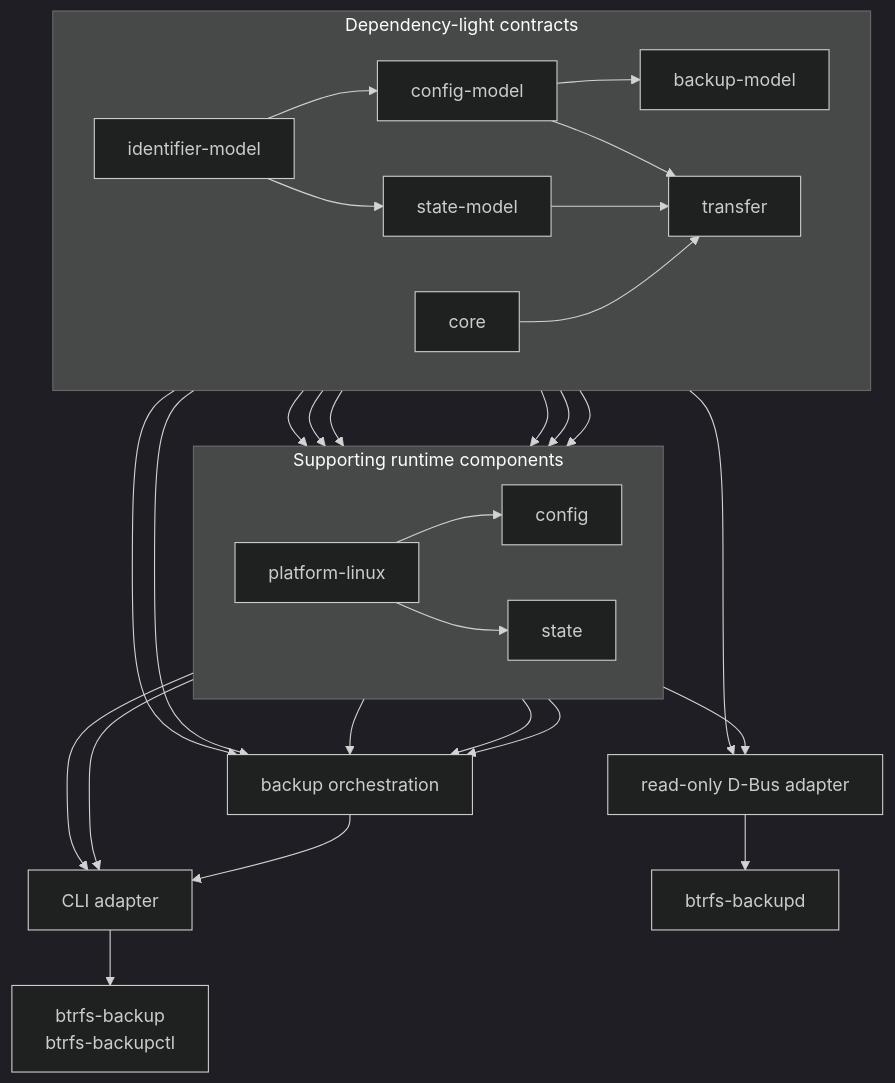
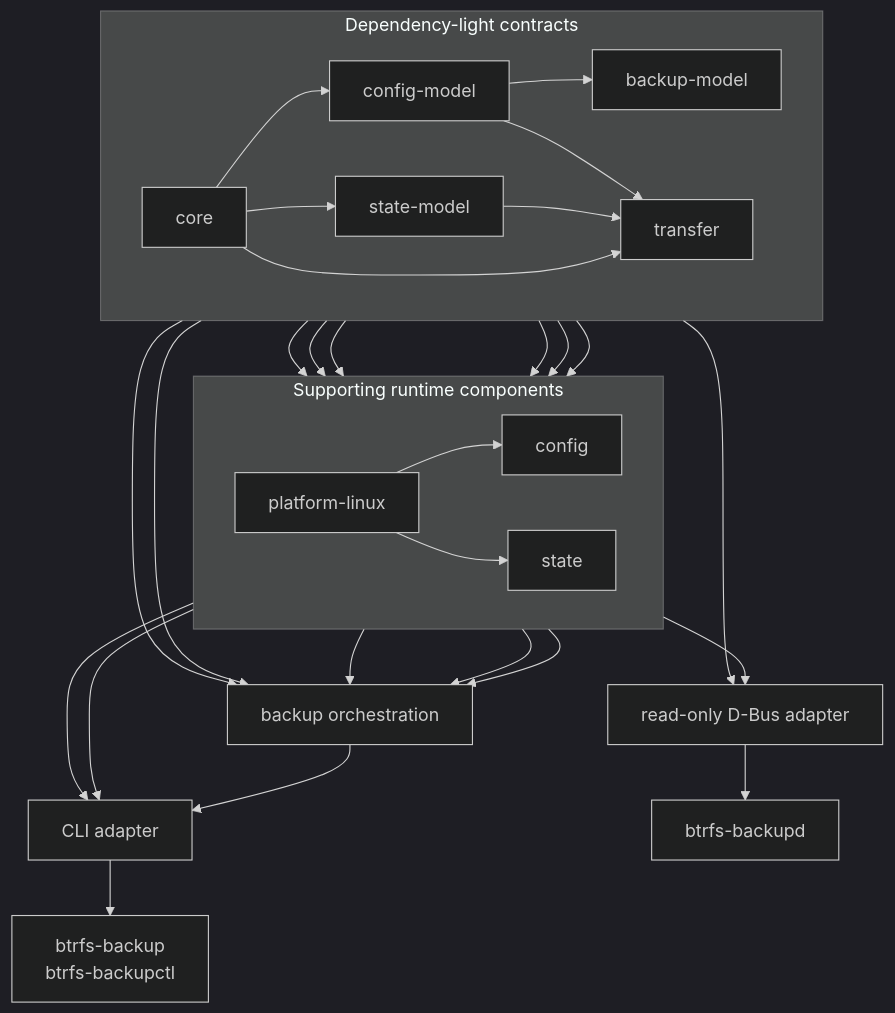
The diagram in docs/cpp-layout.md (kapiwko/btrfs-backup), drawn with Mermaid (dark theme) before and after one commit. The commit also changed other lines of this file and 82 other files, not shown here.

Commit message:
refactor(core): own shared identifiers and errors

````diff
--- a/docs/cpp-layout.md
+++ b/docs/cpp-layout.md
@@ -31,52 +31,51 @@
 ```mermaid
 flowchart TB
     subgraph contracts[Dependency-light contracts]
         direction LR
-        identifiers[identifier-model]
         core[core]
         config_model[config-model]
         state_model[state-model]
         backup_model[backup-model]
         transfer[transfer]
 
-        identifiers --> config_model
-        identifiers --> state_model
+        core --> config_model
+        core --> state_model
         config_model --> backup_model
         core --> transfer
         config_model --> transfer
         state_model --> transfer
     end
 
     subgraph support[Supporting runtime components]
         direction LR
         platform[platform-linux]
         config[config]
         state[state]
     end
 
     backup[backup orchestration]
     cli[CLI adapter]
     daemon[read-only D-Bus adapter]
 
     config_model --> platform
     backup_model --> platform
     transfer --> platform
     config_model --> config
     platform --> config
     config_model --> state
     state_model --> state
     platform --> state
     backup_model --> backup
     transfer --> backup
     platform --> backup
     config --> backup
     state --> backup
     backup --> cli
     config --> cli
     state --> cli
     config_model --> daemon
     platform --> daemon
 
     cli --> executables[btrfs-backup<br/>btrfs-backupctl]
     daemon --> manager[btrfs-backupd]
 ```
````
